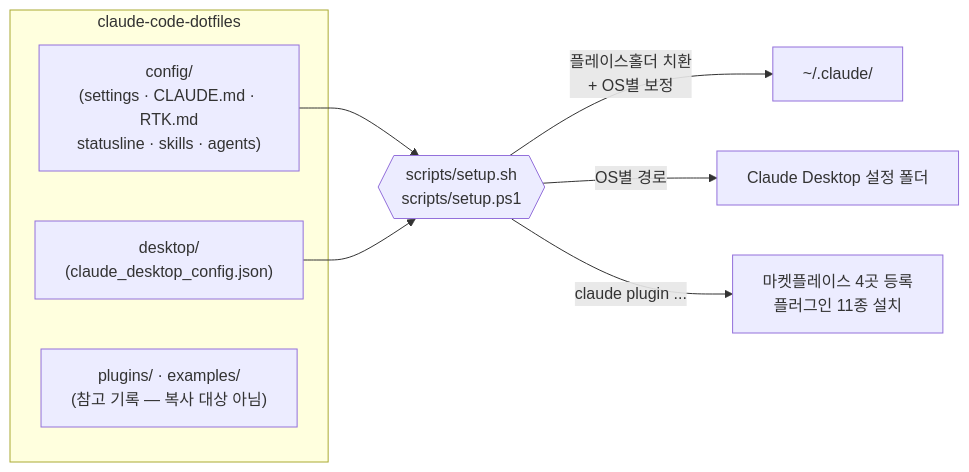
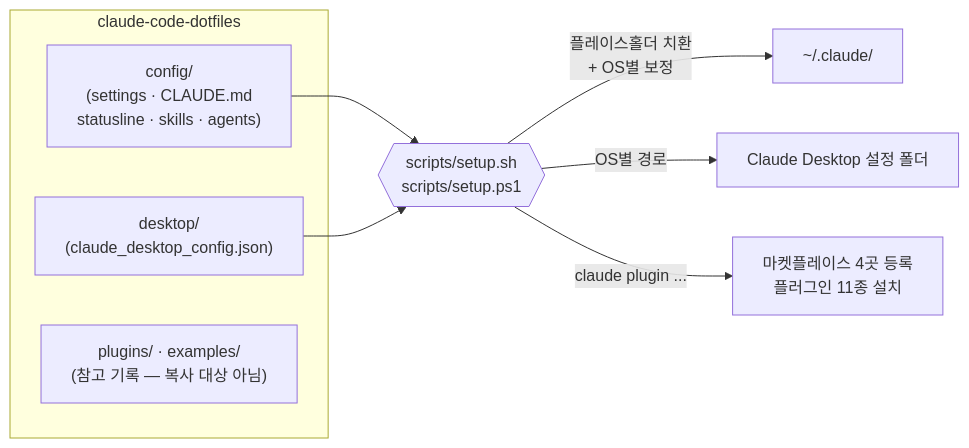
The diagram in README.md (jelitz/claude-code-dotfiles), drawn with Mermaid before and after one commit. The commit also changed other lines of this file and 6 other files, not shown here.

````diff
--- a/README.md
+++ b/README.md
@@ -23,14 +23,14 @@
 ```mermaid
 flowchart LR
     subgraph repo["claude-code-dotfiles"]
-        CFG["config/<br/>(settings · CLAUDE.md · RTK.md<br/>statusline · skills · agents)"]
+        CFG["config/<br/>(settings · CLAUDE.md<br/>statusline · skills · agents)"]
         DSK["desktop/<br/>(claude_desktop_config.json)"]
         REF["plugins/ · examples/<br/>(참고 기록 — 복사 대상 아님)"]
     end
     SETUP{{"scripts/setup.sh<br/>scripts/setup.ps1"}}
     CFG --> SETUP
     DSK --> SETUP
     SETUP -->|"플레이스홀더 치환<br/>+ OS별 보정"| HOME["~/.claude/"]
     SETUP -->|"OS별 경로"| DESKTOP["Claude Desktop 설정 폴더"]
     SETUP -->|"claude plugin ..."| PLG["마켓플레이스 4곳 등록<br/>플러그인 11종 설치"]
 ```
````
